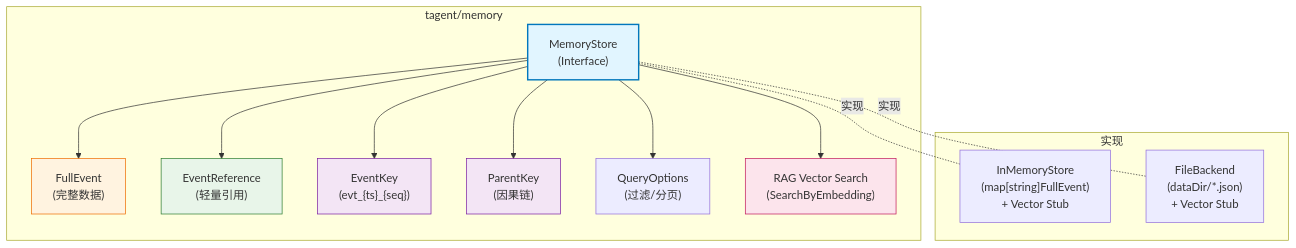
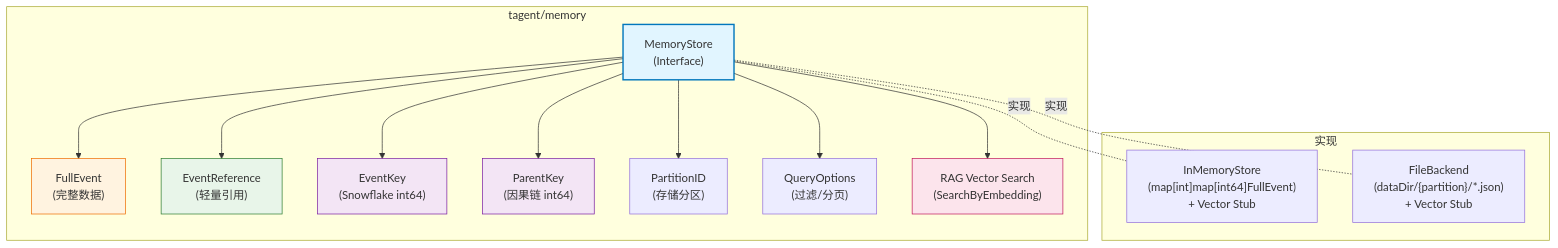
One commit to SpellingDragon/tagent changed the first of 5 diagrams in docs/wiki/memory/memory-architecture.md. Above: the diagram before and after it, drawn with Mermaid. The commit also changed other lines of this file and 53 other files, not shown here.

````diff
--- a/docs/wiki/memory/memory-architecture.md
+++ b/docs/wiki/memory/memory-architecture.md
@@ -34,34 +34,36 @@
 ```mermaid
 graph TB
     subgraph "tagent/memory"
         MS["MemoryStore\n(Interface)"]
         FE["FullEvent\n(完整数据)"]
         ER["EventReference\n(轻量引用)"]
-        EK["EventKey\n(evt_{ts}_{seq})"]
-        PK["ParentKey\n(因果链)"]
+        EK["EventKey\n(Snowflake int64)"]
+        PK["ParentKey\n(因果链 int64)"]
+        PID["PartitionID\n(存储分区)"]
         QO["QueryOptions\n(过滤/分页)"]
         RAG["RAG Vector Search\n(SearchByEmbedding)"]
     end
 
     subgraph "实现"
-        IM["InMemoryStore\n(map[string]FullEvent)\n+ Vector Stub"]
-        FB["FileBackend\n(dataDir/*.json)\n+ Vector Stub"]
+        IM["InMemoryStore\n(map[int]map[int64]FullEvent)\n+ Vector Stub"]
+        FB["FileBackend\n(dataDir/{partition}/*.json)\n+ Vector Stub"]
     end
 
     MS --> FE
     MS --> ER
     MS --> EK
     MS --> PK
+    MS --> PID
     MS --> QO
     MS --> RAG
 
     MS -.-|"实现"| IM
     MS -.-|"实现"| FB
 
     style MS fill:#e1f5ff,stroke:#0277bd,stroke-width:2px
     style FE fill:#fff3e0,stroke:#ef6c00
     style ER fill:#e8f5e9,stroke:#2e7d32
     style EK fill:#f3e5f5,stroke:#7b1fa2
     style PK fill:#f3e5f5,stroke:#7b1fa2
     style RAG fill:#fce4ec,stroke:#c2185b
 ```
````
